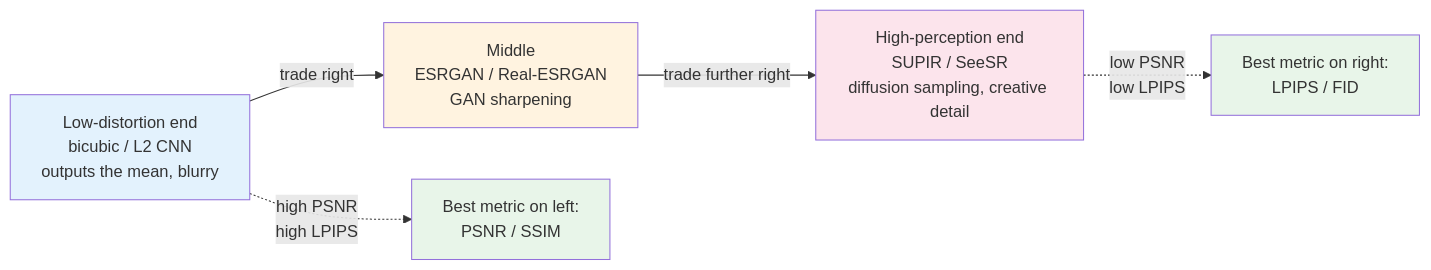
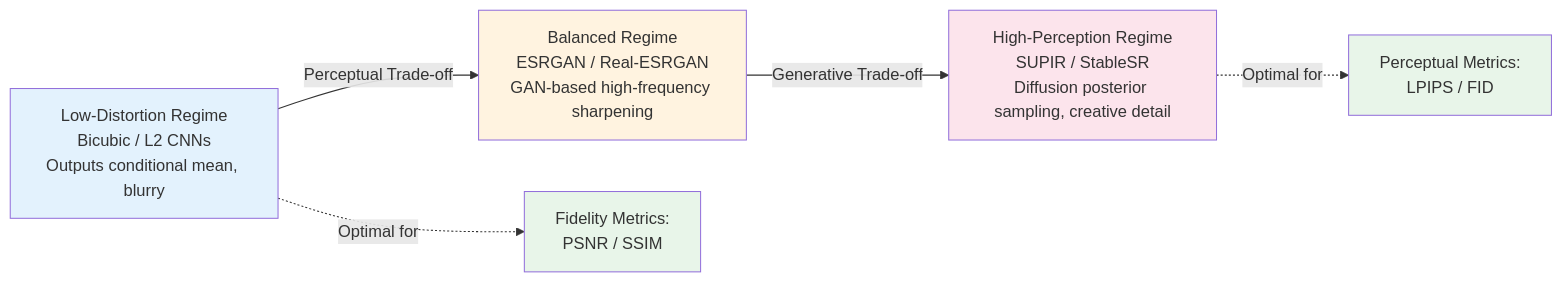
Before and after one commit to yingwang/image-enhancement-guide: the third of 3 diagrams in en/chapters/04-metrics.md, drawn with Mermaid. The commit also changed other lines of this file and 18 other files, not shown here.

````diff
--- a/en/chapters/04-metrics.md
+++ b/en/chapters/04-metrics.md
@@ -466,14 +325,14 @@
 ```mermaid
 graph LR
-    A[Low-distortion end<br/>bicubic / L2 CNN<br/>outputs the mean, blurry] -->|trade right| B[Middle<br/>ESRGAN / Real-ESRGAN<br/>GAN sharpening]
-    B -->|trade further right| C[High-perception end<br/>SUPIR / SeeSR<br/>diffusion sampling, creative detail]
+    A[Low-Distortion Regime<br/>Bicubic / L2 CNNs<br/>Outputs conditional mean, blurry] -->|Perceptual Trade-off| B[Balanced Regime<br/>ESRGAN / Real-ESRGAN<br/>GAN-based high-frequency sharpening]
+    B -->|Generative Trade-off| C[High-Perception Regime<br/>SUPIR / StableSR<br/>Diffusion posterior sampling, creative detail]
 
-    A -.high PSNR<br/>high LPIPS.-> Score1[Best metric on left:<br/>PSNR / SSIM]
-    C -.low PSNR<br/>low LPIPS.-> Score2[Best metric on right:<br/>LPIPS / FID]
+    A -.Optimal for.-> Score1[Fidelity Metrics:<br/>PSNR / SSIM]
+    C -.Optimal for.-> Score2[Perceptual Metrics:<br/>LPIPS / FID]
 
     style A fill:#e3f2fd
     style B fill:#fff3e0
     style C fill:#fce4ec
     style Score1 fill:#e8f5e9
     style Score2 fill:#e8f5e9
 ```
````
